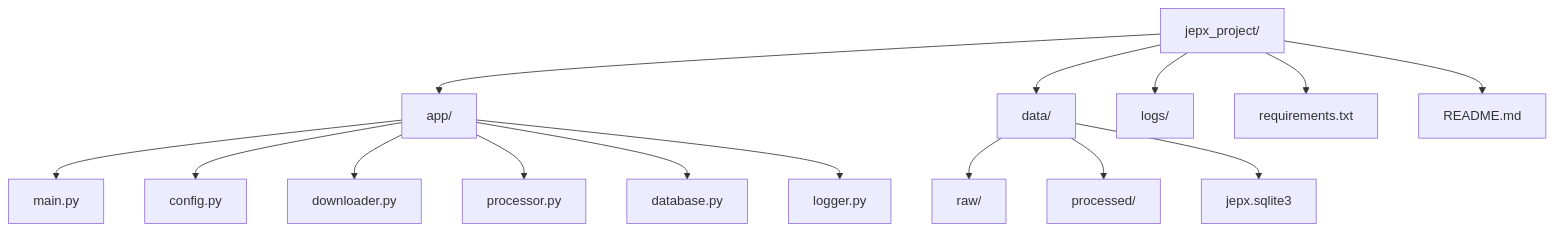
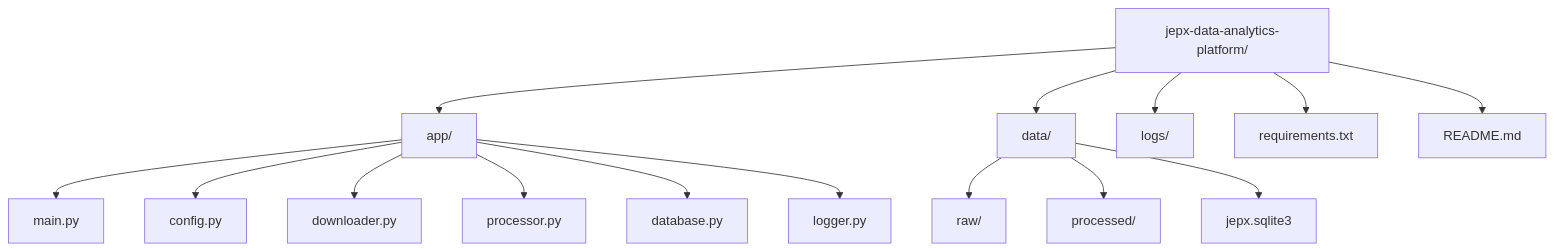
The fifth of 10 diagrams in README.md (banzai80311315/jepx-data-analytics-platform), drawn with Mermaid before and after one commit. The commit also changed other lines of this file, not shown here.

````diff
--- a/README.md
+++ b/README.md
@@ -89,19 +125,19 @@
 ```mermaid
 flowchart TD
-    A[jepx_project/] --> B[app/]
+    A[jepx-data-analytics-platform/] --> B[app/]
     A --> C[data/]
     A --> D[logs/]
     A --> E[requirements.txt]
     A --> F[README.md]
 
     B --> B1[main.py]
     B --> B2[config.py]
     B --> B3[downloader.py]
     B --> B4[processor.py]
     B --> B5[database.py]
     B --> B6[logger.py]
 
     C --> C1[raw/]
     C --> C2[processed/]
     C --> C3[jepx.sqlite3]
 ```
````
